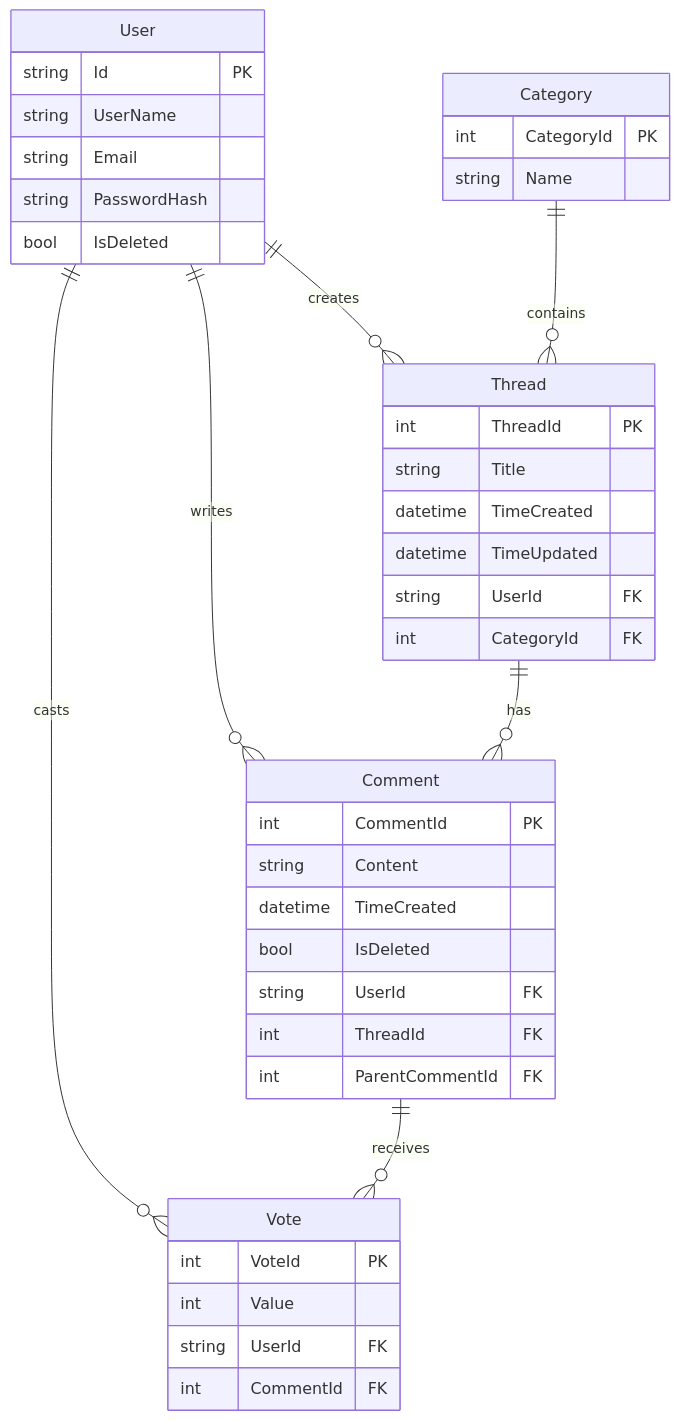
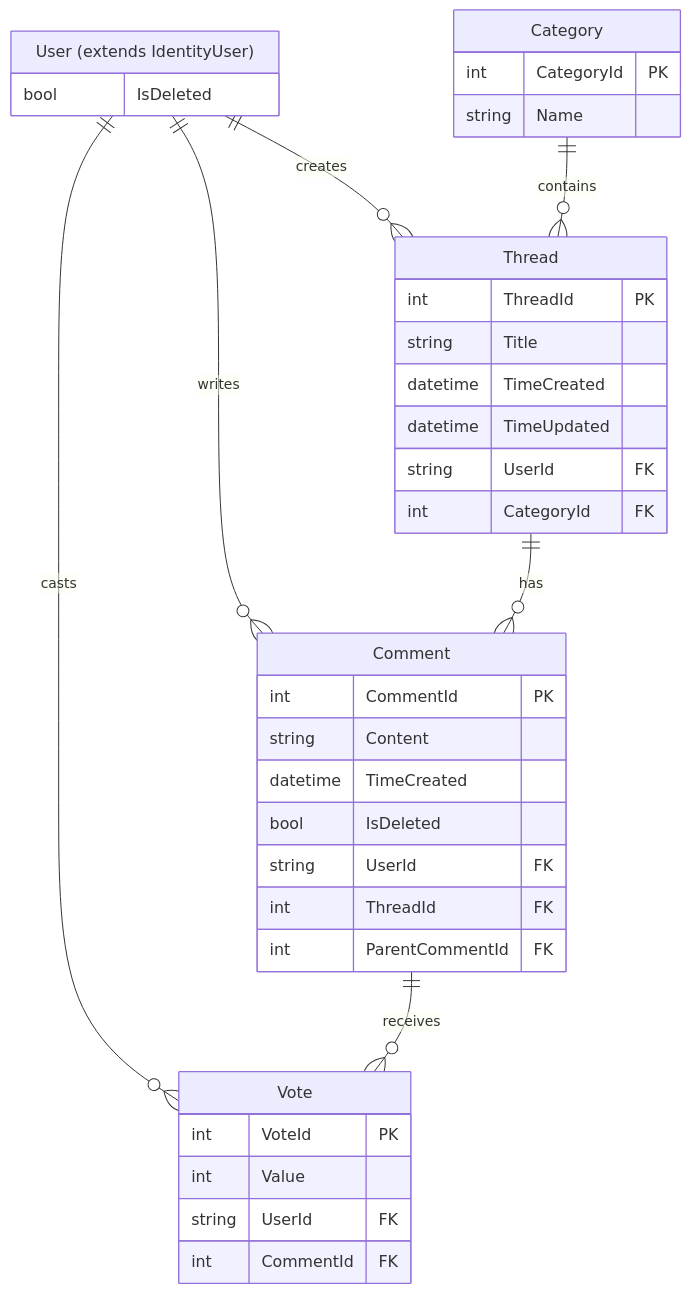
One commit to amnaaldaraji/ChatForum_GroupTwo changed the first of 2 diagrams in README.md. Above: the diagram before and after it, drawn with Mermaid.

Commit message:
Updated User entity in the README's ER diagram to exclude Identity properties (and clarity that it extends IdentityUser).

````diff
--- a/README.md
+++ b/README.md
@@ -35,44 +35,40 @@
 ```mermaid
 erDiagram
-    User {
-        string Id PK
-        string UserName
-        string Email
-        string PasswordHash
+    User["User (extends IdentityUser)"] {
         bool IsDeleted
     }
     Category {
         int CategoryId PK
         string Name
     }
     Thread {
         int ThreadId PK
         string Title
         datetime TimeCreated
         datetime TimeUpdated
         string UserId FK
         int CategoryId FK
     }
     Comment {
         int CommentId PK
         string Content
         datetime TimeCreated
         bool IsDeleted
         string UserId FK
         int ThreadId FK
         int ParentCommentId FK
     }
     Vote {
         int VoteId PK
         int Value
         string UserId FK
         int CommentId FK
     }
 
     User ||--o{ Thread : "creates"
     User ||--o{ Comment : "writes"
     User ||--o{ Vote : "casts"
     Category ||--o{ Thread : "contains"
     Thread ||--o{ Comment : "has"
     Comment ||--o{ Vote : "receives"
 ```
````
